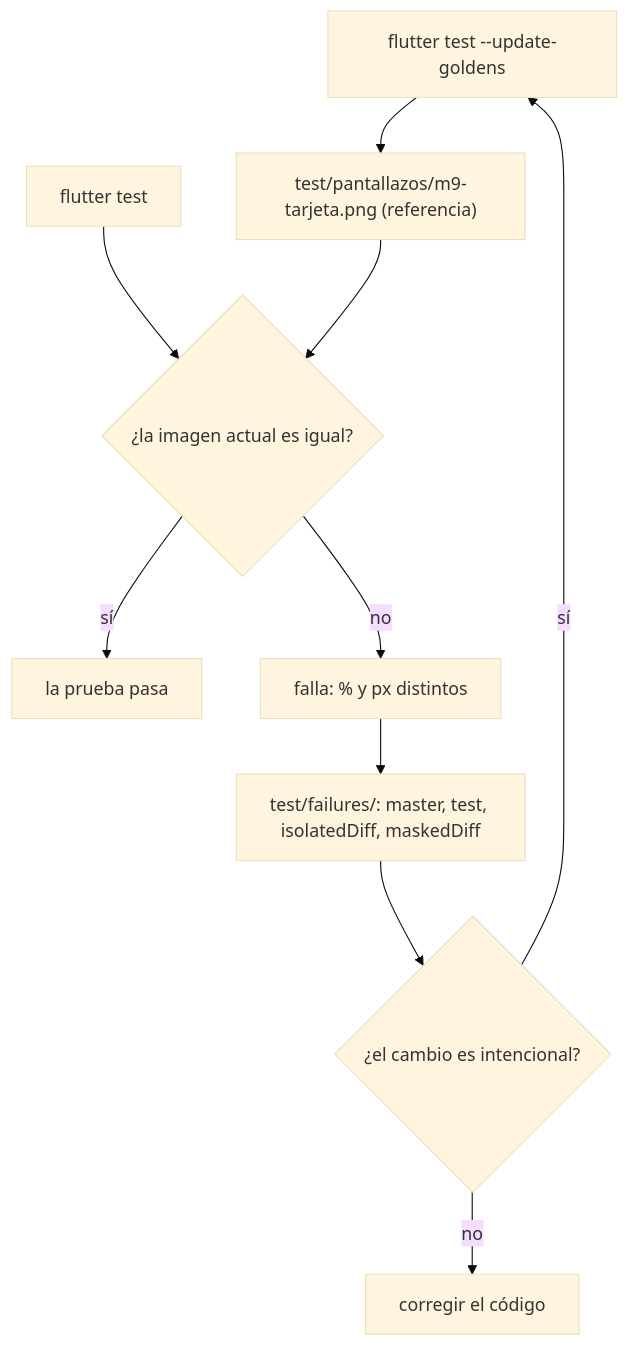
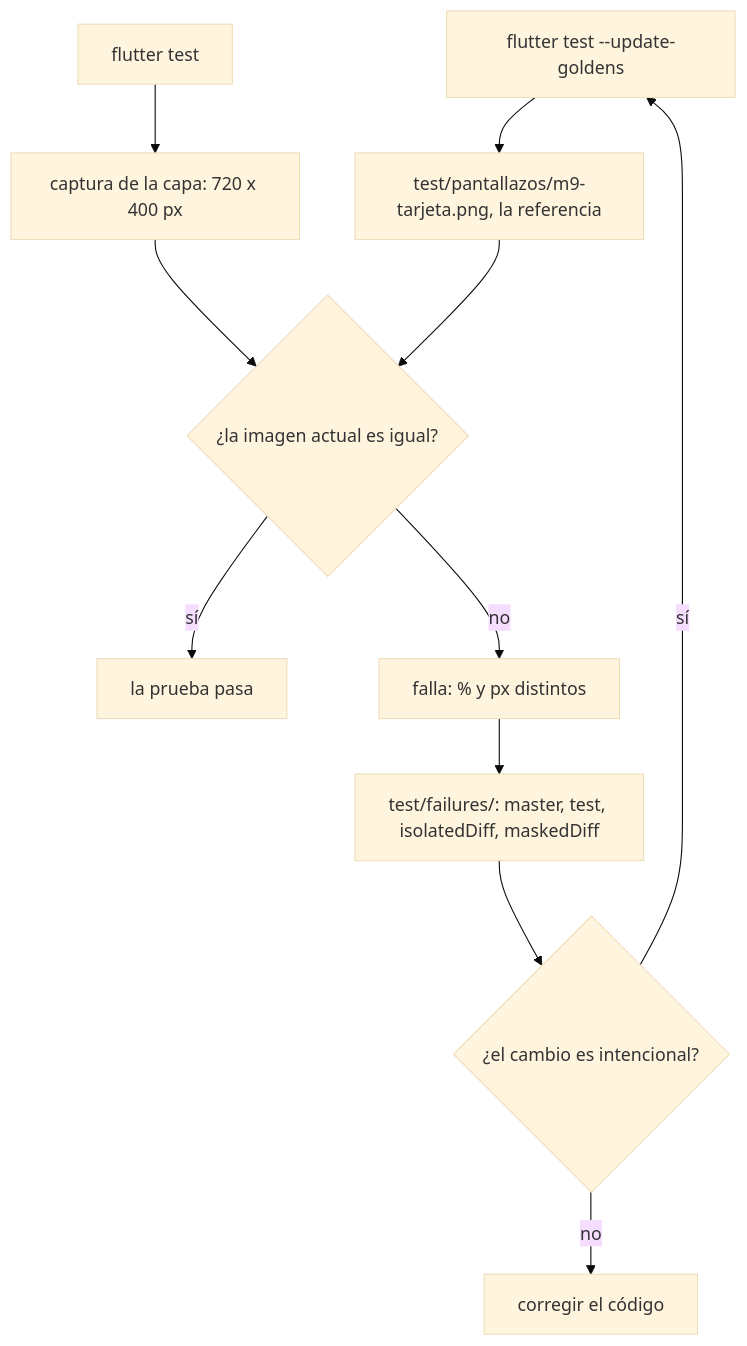
Before and after one commit to NICORUIZ93/The_Imperial_Book: the fourth of 5 diagrams in web/public/content/flutter/modulo-9.md, drawn with Mermaid (base theme). The commit also changed other lines of this file and 65 other files, not shown here.

````diff
--- a/web/public/content/flutter/modulo-9.md
+++ b/web/public/content/flutter/modulo-9.md
@@ -1019,12 +1336,13 @@
 ```mermaid
 flowchart TD
-    A["flutter test --update-goldens"] --> R["test/pantallazos/m9-tarjeta.png (referencia)"]
-    B["flutter test"] --> C{"¿la imagen actual es igual?"}
+    A["flutter test --update-goldens"] --> R["test/pantallazos/m9-tarjeta.png, la referencia"]
+    B["flutter test"] --> P["captura de la capa: 720 x 400 px"]
+    P --> C{"¿la imagen actual es igual?"}
     R --> C
     C -->|sí| OK["la prueba pasa"]
     C -->|no| F["falla: % y px distintos"]
     F --> D["test/failures/: master, test, isolatedDiff, maskedDiff"]
     D --> H{"¿el cambio es intencional?"}
     H -->|sí| A
     H -->|no| X["corregir el código"]
 ```
````
